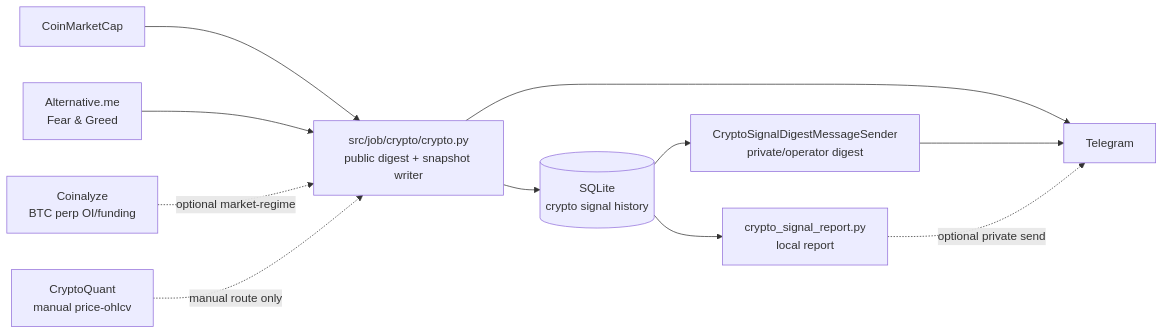
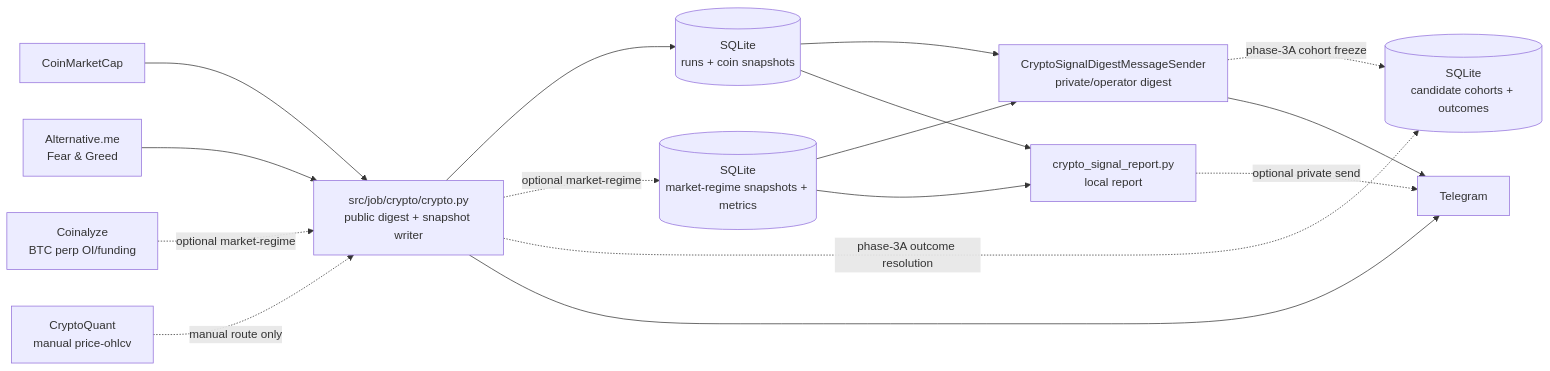
Before and after one commit to hanchiang/market-data-notification: the second of 2 diagrams in README.md, drawn with Mermaid. The commit also changed other lines of this file and 10 other files, not shown here.

First line of the commit message:
Add crypto signal calibration cohorts (#91)

````diff
--- a/README.md
+++ b/README.md
@@ -278,24 +281,31 @@
 ```mermaid
 flowchart LR
     cmc["CoinMarketCap"]
     alt["Alternative.me<br/>Fear & Greed"]
     cq["CryptoQuant<br/>manual price-ohlcv"]
     coinalyze["Coinalyze<br/>BTC perp OI/funding"]
 
     crypto_job["src/job/crypto/crypto.py<br/>public digest + snapshot writer"]
-    sqlite[("SQLite<br/>crypto signal history")]
+    snapshots[("SQLite<br/>runs + coin snapshots")]
+    regime[("SQLite<br/>market-regime snapshots + metrics")]
+    cohorts[("SQLite<br/>candidate cohorts + outcomes")]
     signal_sender["CryptoSignalDigestMessageSender<br/>private/operator digest"]
     report["crypto_signal_report.py<br/>local report"]
     telegram["Telegram"]
 
     cmc --> crypto_job
     alt --> crypto_job
     coinalyze -. optional market-regime .-> crypto_job
     cq -. manual route only .-> crypto_job
-    crypto_job --> sqlite
+    crypto_job --> snapshots
+    crypto_job -. optional market-regime .-> regime
+    crypto_job -. phase-3A outcome resolution .-> cohorts
     crypto_job --> telegram
-    sqlite --> signal_sender
-    sqlite --> report
+    snapshots --> signal_sender
+    regime --> signal_sender
+    signal_sender -. phase-3A cohort freeze .-> cohorts
+    snapshots --> report
+    regime --> report
     signal_sender --> telegram
     report -. optional private send .-> telegram
 ```
````
